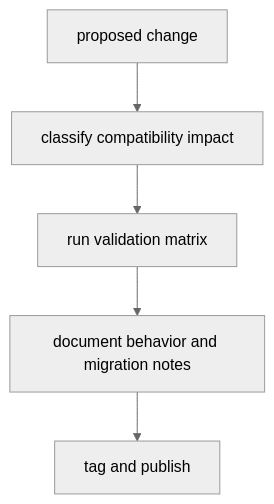
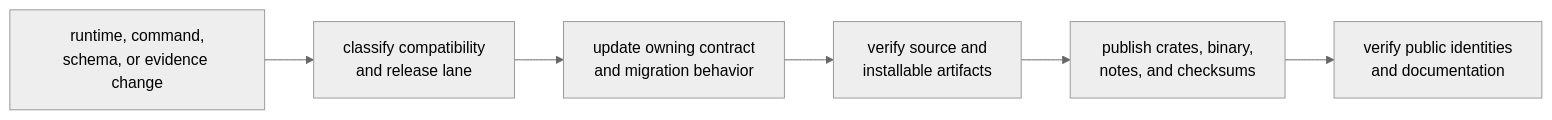
Before and after one commit to bijux/bijux-cli: the diagram in docs/bijux-dag/operations/release-and-versioning.md, drawn with Mermaid (neutral theme). The commit also changed other lines of this file and 1 other file, not shown here.

````diff
--- a/docs/bijux-dag/operations/release-and-versioning.md
+++ b/docs/bijux-dag/operations/release-and-versioning.md
@@ -22,7 +22,11 @@
 ```mermaid
-flowchart TD
-    change[proposed change] --> classify[classify compatibility impact]
-    classify --> verify[run validation matrix]
-    verify --> note[document behavior and migration notes]
-    note --> release[tag and publish]
+flowchart LR
+    change["runtime, command,<br/>schema, or evidence change"]
+    classify["classify compatibility<br/>and release lane"]
+    contract["update owning contract<br/>and migration behavior"]
+    verify["verify source and<br/>installable artifacts"]
+    publish["publish crates, binary,<br/>notes, and checksums"]
+    reconcile["verify public identities<br/>and documentation"]
+
+    change --> classify --> contract --> verify --> publish --> reconcile
 ```
````
